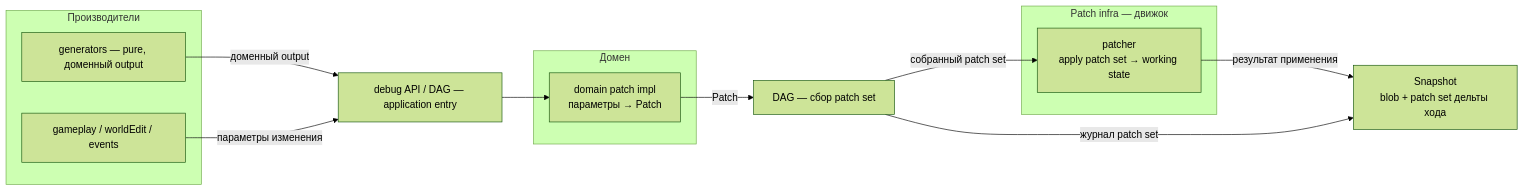
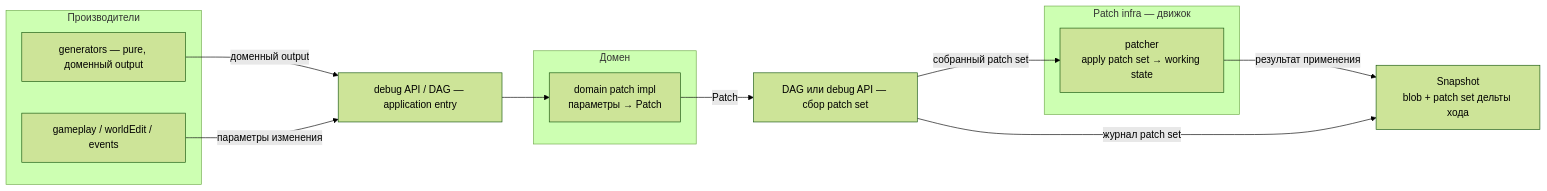
Before and after one commit to AndrewBondaren/AI-Project: the diagram in docs/tz_patch_system.md, drawn with Mermaid (forest theme). The commit also changed other lines of this file and 41 other files, not shown here.

````diff
--- a/docs/tz_patch_system.md
+++ b/docs/tz_patch_system.md
@@ -78,27 +79,27 @@
 ```mermaid
 flowchart LR
   subgraph producer[Производители]
     GEN[generators — pure, доменный output]
     GM[gameplay / worldEdit / events]
   end
 
   subgraph domain[Домен]
     A[domain patch impl<br>параметры → Patch]
   end
 
   subgraph infra[Patch infra — движок]
     PS[patcher<br>apply patch set → working state]
   end
 
   SNAP[Snapshot<br>blob + patch set дельты хода]
 
   ENTRY[debug API / DAG — application entry]
-  DAG[DAG — сбор patch set]
+  DAG[DAG или debug API — сбор patch set]
   GEN -->|доменный output| ENTRY
   GM -->|параметры изменения| ENTRY
   ENTRY --> A
   A -->|Patch| DAG
   DAG -->|собранный patch set| PS
   PS -->|результат применения| SNAP
   DAG -->|журнал patch set| SNAP
 ```
````
